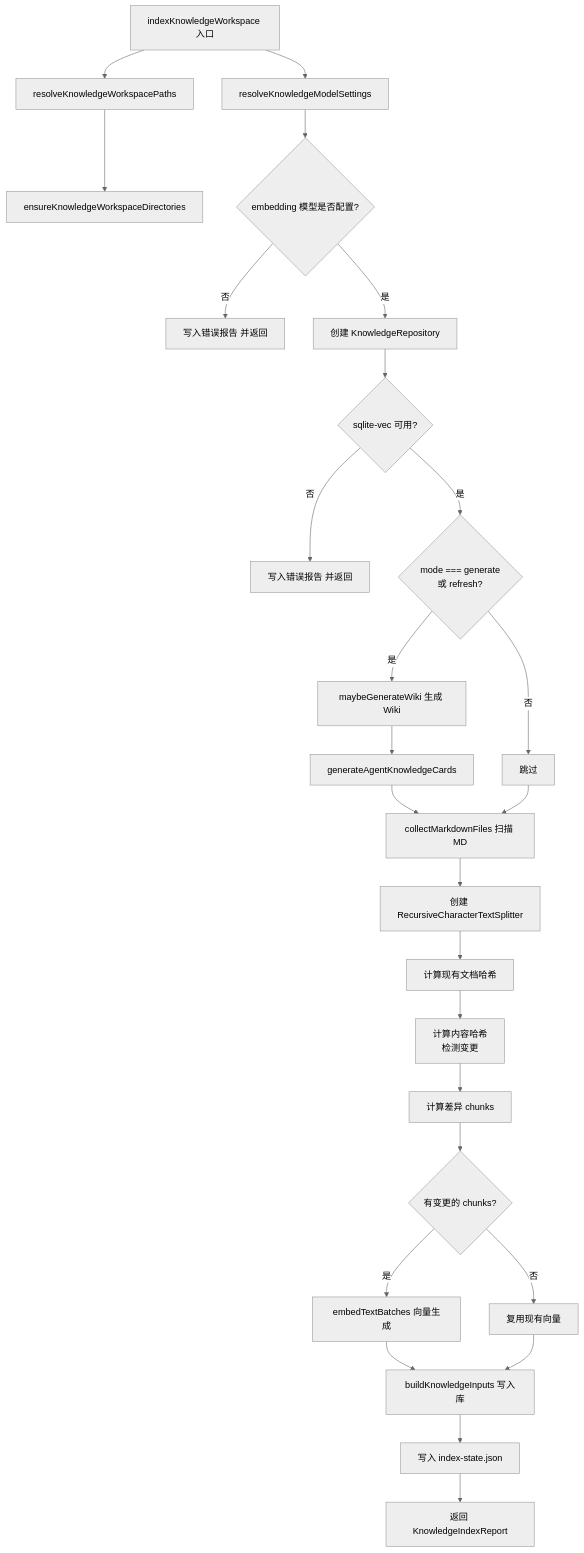
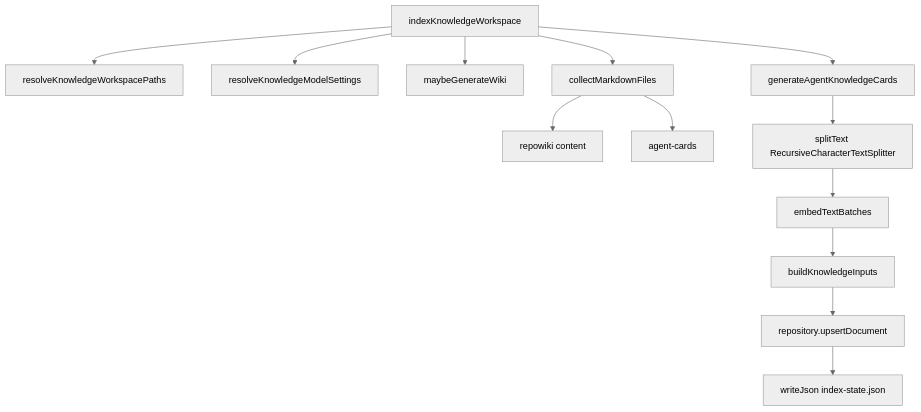
The first of 3 diagrams in .tech/repowiki/zh/content/核心模块规格/知识库后端引擎总览/知识索引与向量写入.md (lst016/tech-cc-hub), drawn with Mermaid (neutral theme) before and after one commit. The commit also changed other lines of this file and 176 other files, not shown here.

````diff
--- a/.tech/repowiki/zh/content/核心模块规格/知识库后端引擎总览/知识索引与向量写入.md
+++ b/.tech/repowiki/zh/content/核心模块规格/知识库后端引擎总览/知识索引与向量写入.md
@@ -65,28 +62,15 @@
 ```mermaid
 flowchart TD
-    A[indexKnowledgeWorkspace 入口] --> B[resolveKnowledgeWorkspacePaths]
+    A[indexKnowledgeWorkspace] --> B[resolveKnowledgeWorkspacePaths]
     A --> C[resolveKnowledgeModelSettings]
-    B --> D[ensureKnowledgeWorkspaceDirectories]
-    C --> E{embedding 模型是否配置?}
-    E -->|否| F[写入错误报告 并返回]
-    E -->|是| G[创建 KnowledgeRepository]
-    G --> H{sqlite-vec 可用?}
-    H -->|否| I[写入错误报告 并返回]
-    H -->|是| J{mode === generate<br/>或 refresh?}
-    J -->|是| K[maybeGenerateWiki 生成 Wiki]
-    J -->|否| L[跳过]
-    K --> M[generateAgentKnowledgeCards]
-    M --> N[collectMarkdownFiles 扫描 MD]
-    L --> N
-    N --> O[创建 RecursiveCharacterTextSplitter]
-    O --> P[计算现有文档哈希]
-    P --> Q[计算内容哈希<br/>检测变更]
-    Q --> R[计算差异 chunks]
-    R --> S{有变更的 chunks?}
-    S -->|是| T[embedTextBatches 向量生成]
-    S -->|否| U[复用现有向量]
-    T --> V[buildKnowledgeInputs 写入库]
-    U --> V
-    V --> W[写入 index-state.json]
-    W --> X[返回 KnowledgeIndexReport]
+    A --> D[maybeGenerateWiki]
+    A --> E[generateAgentKnowledgeCards]
+    A --> F[collectMarkdownFiles]
+    F --> F1[repowiki content]
+    F --> F2[agent-cards]
+    E --> G[splitText RecursiveCharacterTextSplitter]
+    G --> H[embedTextBatches]
+    H --> I[buildKnowledgeInputs]
+    I --> J[repository.upsertDocument]
+    J --> K[writeJson index-state.json]
 ```
````
